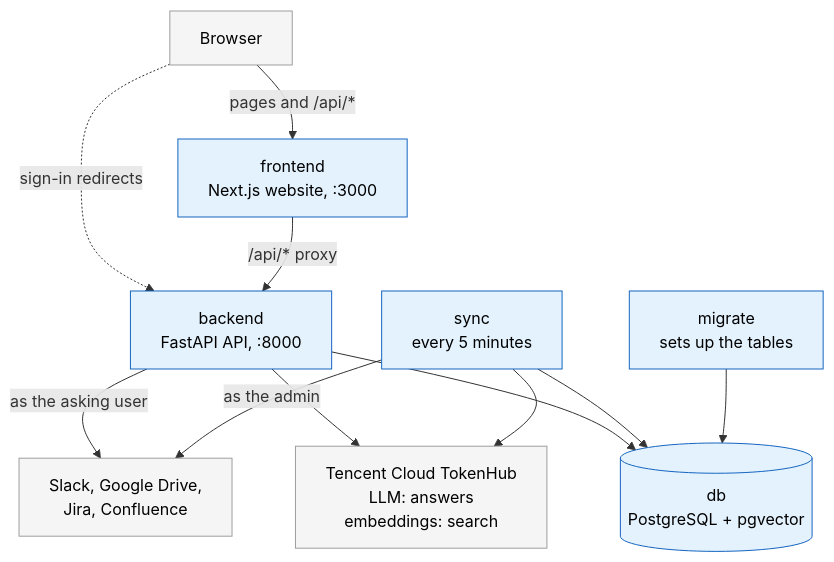
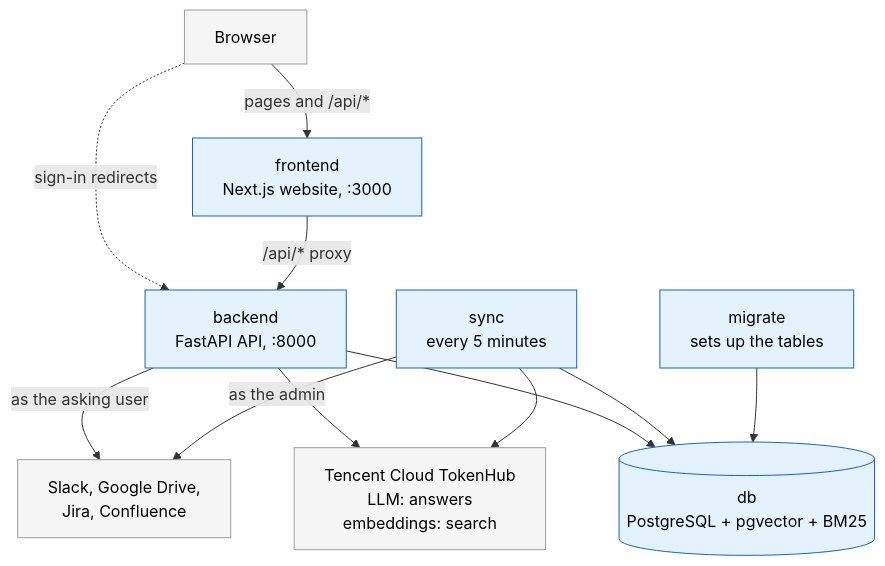
Before and after one commit to gabriel-wan/tencent-hackathon-fintech: the second of 6 diagrams in docs/ARCHITECTURE.md, drawn with Mermaid. The commit also changed other lines of this file and 5 other files, not shown here.

````diff
--- a/docs/ARCHITECTURE.md
+++ b/docs/ARCHITECTURE.md
@@ -80,28 +80,28 @@
 ```mermaid
 %%{init: {"flowchart": {"wrappingWidth": 360}}}%%
 flowchart TB
     B["Browser"]
     FE["frontend<br/>Next.js website, :3000"]
     BE["backend<br/>FastAPI API, :8000"]
     SY["sync<br/>every 5 minutes"]
     MI["migrate<br/>sets up the tables"]
-    DB[("db<br/>PostgreSQL + pgvector")]
+    DB[("db<br/>PostgreSQL + pgvector + BM25")]
     TH["Tencent Cloud TokenHub<br/>LLM: answers<br/>embeddings: search"]
     TO["Slack, Google Drive,<br/>Jira, Confluence"]
 
     B -->|"pages and /api/*"| FE
     B -.->|"sign-in redirects"| BE
     FE -->|"/api/* proxy"| BE
     BE -->|"as the asking user"| TO
     SY -->|"as the admin"| TO
     BE --> TH
     SY --> TH
     BE --> DB
     SY --> DB
     MI --> DB
 
     classDef ours fill:#e3f2fd,stroke:#1565c0,color:#000
     classDef outside fill:#f5f5f5,stroke:#9e9e9e,color:#000
     class FE,BE,SY,MI,DB ours
     class B,TH,TO outside
 ```
````
